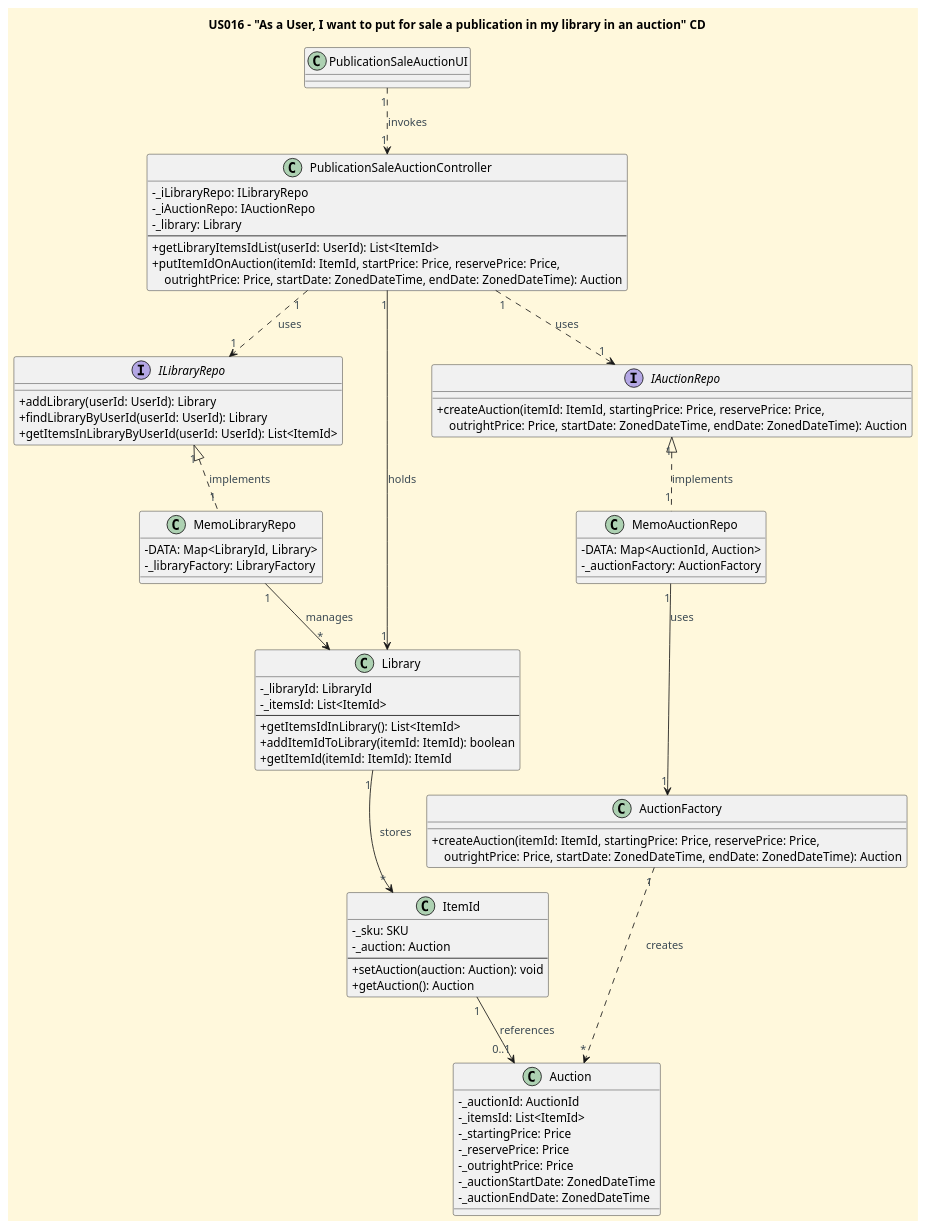
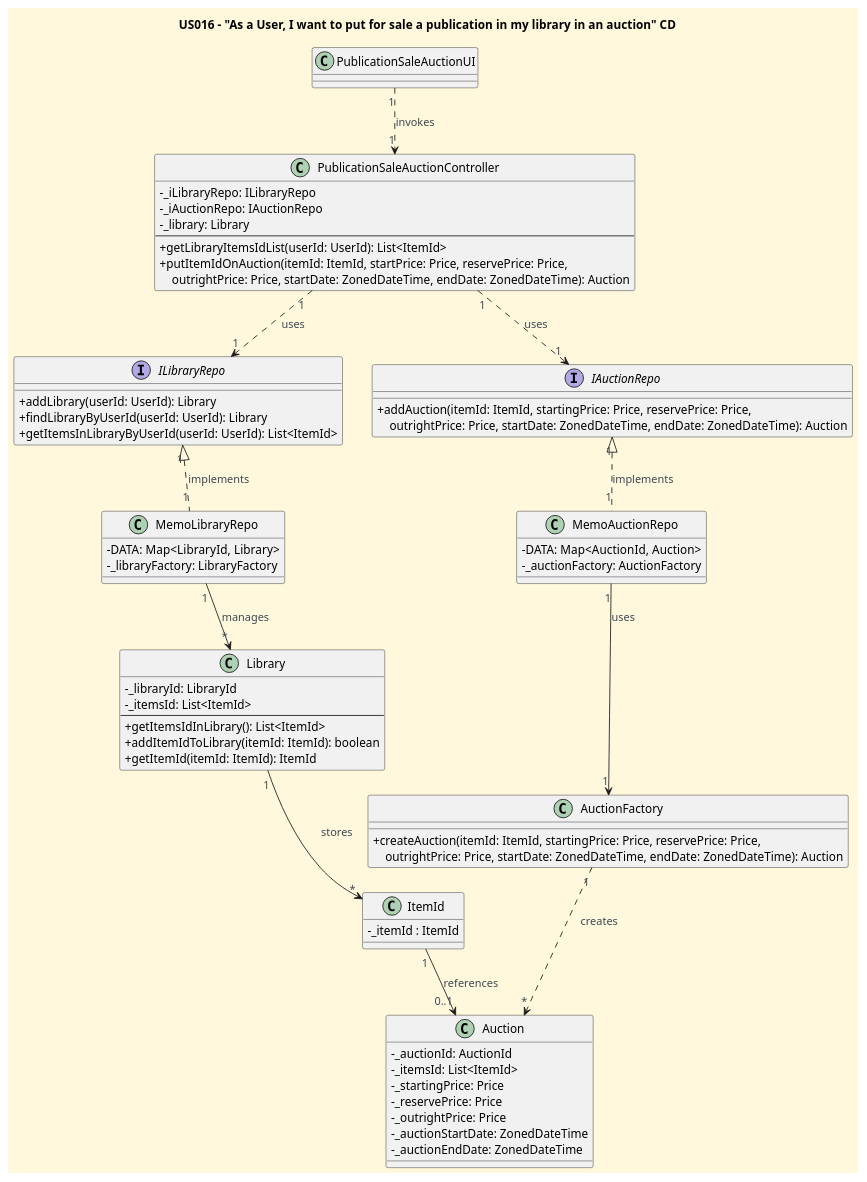
Before and after one commit to CarolinaLeite-collab/JavaMarketplacePlatform: the diagram in docs/user-stories/US016/US016_publication_sale_auction_CD.puml, drawn with PlantUML. The commit also changed 1 other file, not shown here.

```diff
--- a/docs/user-stories/US016/US016_publication_sale_auction_CD.puml
+++ b/docs/user-stories/US016/US016_publication_sale_auction_CD.puml
@@ -1,107 +1,102 @@
 @startuml
 'https://plantuml.com/class-diagram
 title US016 – "As a User, I want to put for sale a publication in my library in an auction" CD
 
 '==== basic style ====
 skinparam monochrome false
 skinparam shadowing false
 skinparam defaultFontName Futura
 skinparam objectFontSize 20
 skinparam backgroundColor CornSilk
 skinparam objectBackgroundColor WhiteSmoke
 skinparam noteBackgroundColor #FFFFE0
 skinparam ArrowFontColor #3B4953
 skinparam ActivationBackgroundColor black
 skinparam classAttributeIconSize 0
 
 '=== Classes ===
 class PublicationSaleAuctionUI {
 }
 
 class PublicationSaleAuctionController {
   - _iLibraryRepo: ILibraryRepo
   - _iAuctionRepo: IAuctionRepo
   - _library: Library
   --
   + getLibraryItemsIdList(userId: UserId): List<ItemId>
   + putItemIdOnAuction(itemId: ItemId, startPrice: Price, reservePrice: Price,\n    outrightPrice: Price, startDate: ZonedDateTime, endDate: ZonedDateTime): Auction
 }
 
 Interface ILibraryRepo {
   + addLibrary(userId: UserId): Library
   + findLibraryByUserId(userId: UserId): Library
   + getItemsInLibraryByUserId(userId: UserId): List<ItemId>
 }
 
 class MemoLibraryRepo {
   - DATA: Map<LibraryId, Library>
   - _libraryFactory: LibraryFactory
 }
 
 class Library {
   - _libraryId: LibraryId
   - _itemsId: List<ItemId>
   --
   + getItemsIdInLibrary(): List<ItemId>
   + addItemIdToLibrary(itemId: ItemId): boolean
   + getItemId(itemId: ItemId): ItemId
 }
 
 class ItemId {
-  - _sku: SKU
-  - _auction: Auction
-  --
-  + setAuction(auction: Auction): void
-  + getAuction(): Auction
+- _itemId : ItemId
+
 }
 
 Interface IAuctionRepo {
-  + createAuction(itemId: ItemId, startingPrice: Price, reservePrice: Price,\n    outrightPrice: Price, startDate: ZonedDateTime, endDate: ZonedDateTime): Auction
+  + addAuction(itemId: ItemId, startingPrice: Price, reservePrice: Price,\n    outrightPrice: Price, startDate: ZonedDateTime, endDate: ZonedDateTime): Auction
 }
 
 class MemoAuctionRepo {
   - DATA: Map<AuctionId, Auction>
   - _auctionFactory: AuctionFactory
 }
 
 class AuctionFactory {
   + createAuction(itemId: ItemId, startingPrice: Price, reservePrice: Price,\n    outrightPrice: Price, startDate: ZonedDateTime, endDate: ZonedDateTime): Auction
 }
 
 class Auction {
   - _auctionId: AuctionId
   - _itemsId: List<ItemId>
   - _startingPrice: Price
   - _reservePrice: Price
   - _outrightPrice: Price
   - _auctionStartDate: ZonedDateTime
   - _auctionEndDate: ZonedDateTime
 }
 
 '=== Relationships ===
 ' UI → Controller
 PublicationSaleAuctionUI "1" ..> "1" PublicationSaleAuctionController : invokes
 
 ' Controller → Interfaces
 PublicationSaleAuctionController "1" ..> "1" ILibraryRepo : uses
 PublicationSaleAuctionController "1" ..> "1" IAuctionRepo : uses
 
 ' Interfaces → Repos
 ILibraryRepo "1" <|.. "1" MemoLibraryRepo : implements
 IAuctionRepo "1" <|.. "1" MemoAuctionRepo : implements
 
 ' Library chain
 MemoLibraryRepo "1" --> "*" Library : manages
 Library "1" --> "*" ItemId : stores
 
-' Controller holds library directly
-PublicationSaleAuctionController "1" --> "1" Library : holds
 
 ' ItemId links to Auction after creation
 ItemId "1" --> "0..1" Auction : references
 
 ' Auction creation chain
 MemoAuctionRepo "1" --> "1" AuctionFactory : uses
 AuctionFactory "1" ..> "*" Auction : creates
 
 @enduml
```
